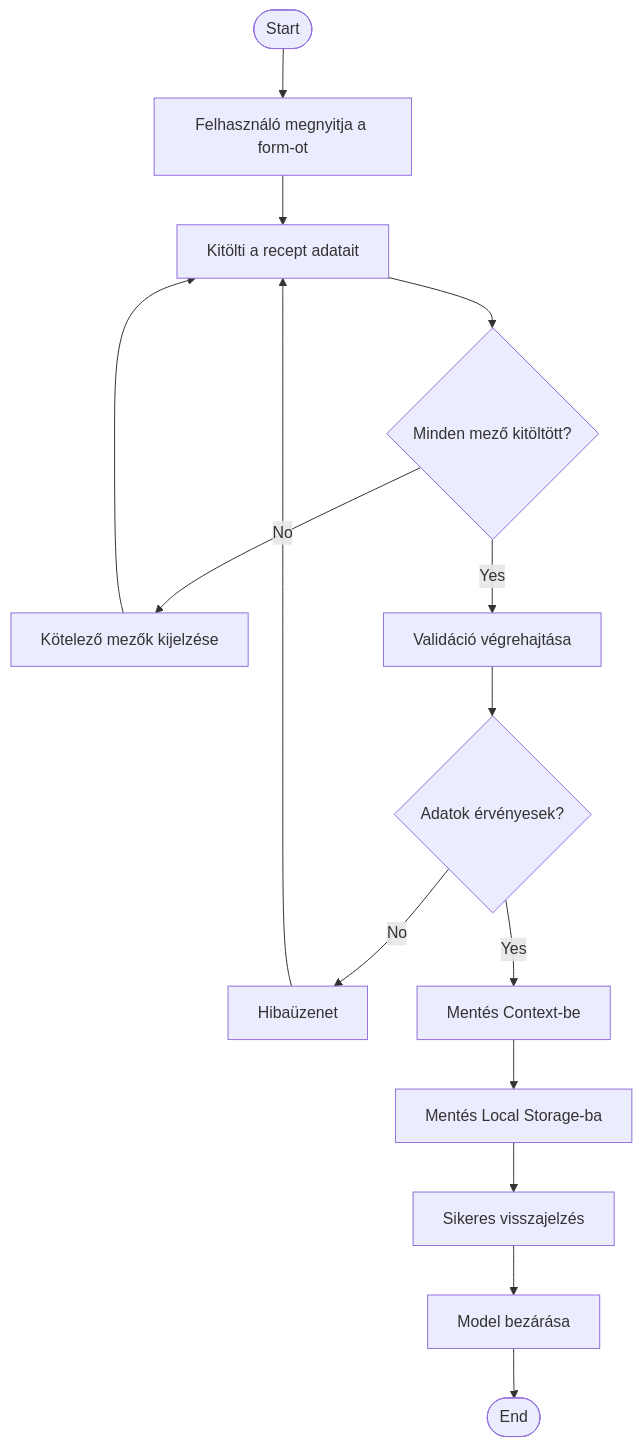
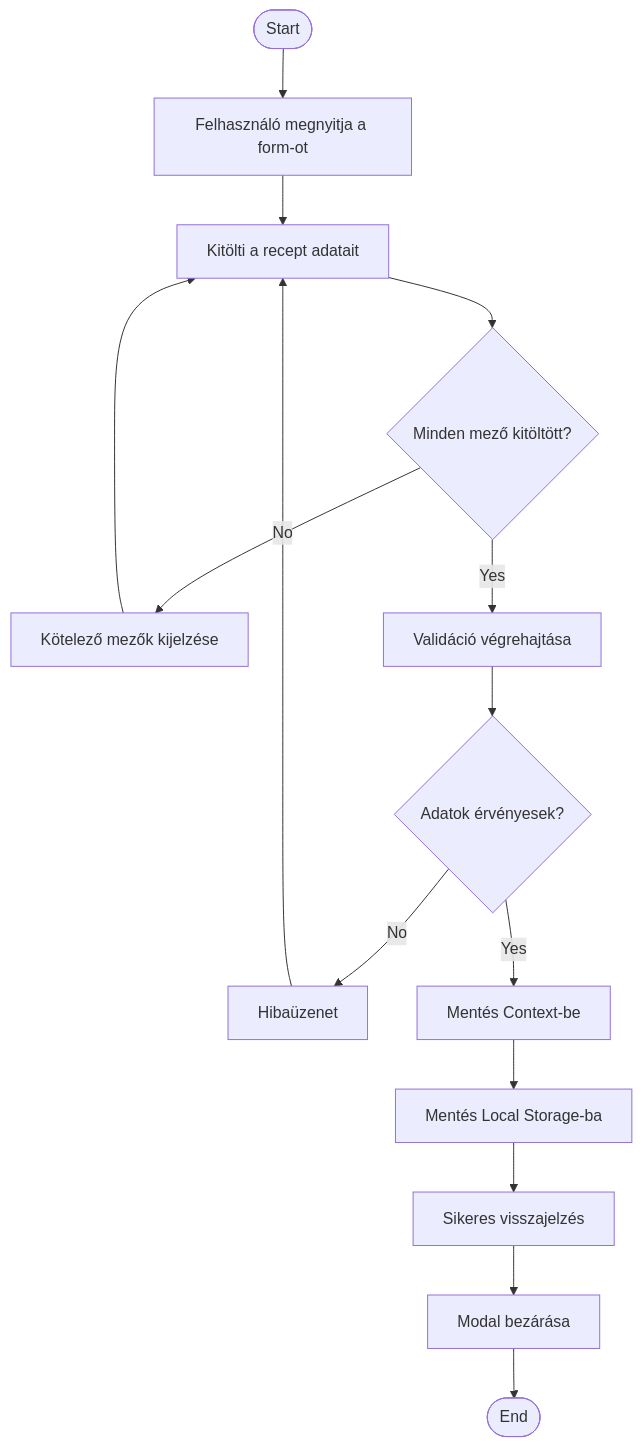
Before and after one commit to jajecnikmarci/kliensoldali-NHF: the seventh of 14 diagrams in README.md, drawn with Mermaid. The commit also changed other lines of this file, not shown here.

````diff
--- a/README.md
+++ b/README.md
@@ -388,21 +388,21 @@
 ```mermaid
 flowchart TD
     Start([Start]) --> OpenForm[Felhasználó megnyitja a form-ot]
     OpenForm --> FillData[Kitölti a recept adatait]
     
     FillData --> CheckFilled{Minden mező kitöltött?}
     CheckFilled -->|No| ShowRequired[Kötelező mezők kijelzése]
     ShowRequired --> FillData
     
     CheckFilled -->|Yes| Validate[Validáció végrehajtása]
     Validate --> CheckValid{Adatok érvényesek?}
     
     CheckValid -->|No| ShowErrors[Hibaüzenet]
     ShowErrors --> FillData
     
     CheckValid -->|Yes| SaveContext[Mentés Context-be]
     SaveContext --> SaveStorage[Mentés Local Storage-ba]
     SaveStorage --> ShowSuccess[Sikeres visszajelzés]
-    ShowSuccess --> CloseModel[Model bezárása]
-    CloseModel --> End([End])
+    ShowSuccess --> CloseModal[Modal bezárása]
+    CloseModal --> End([End])
 ```
````
